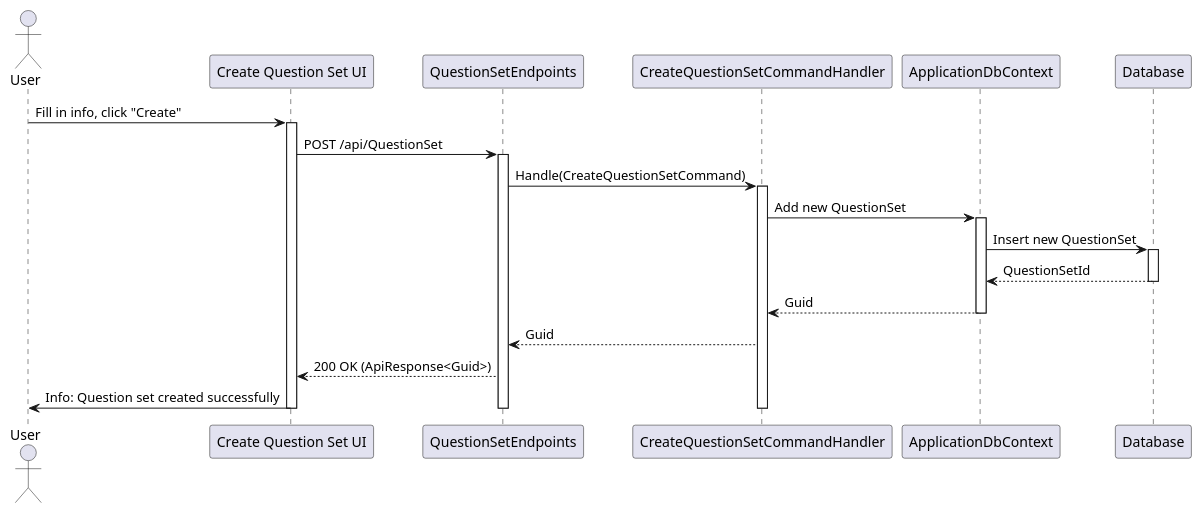
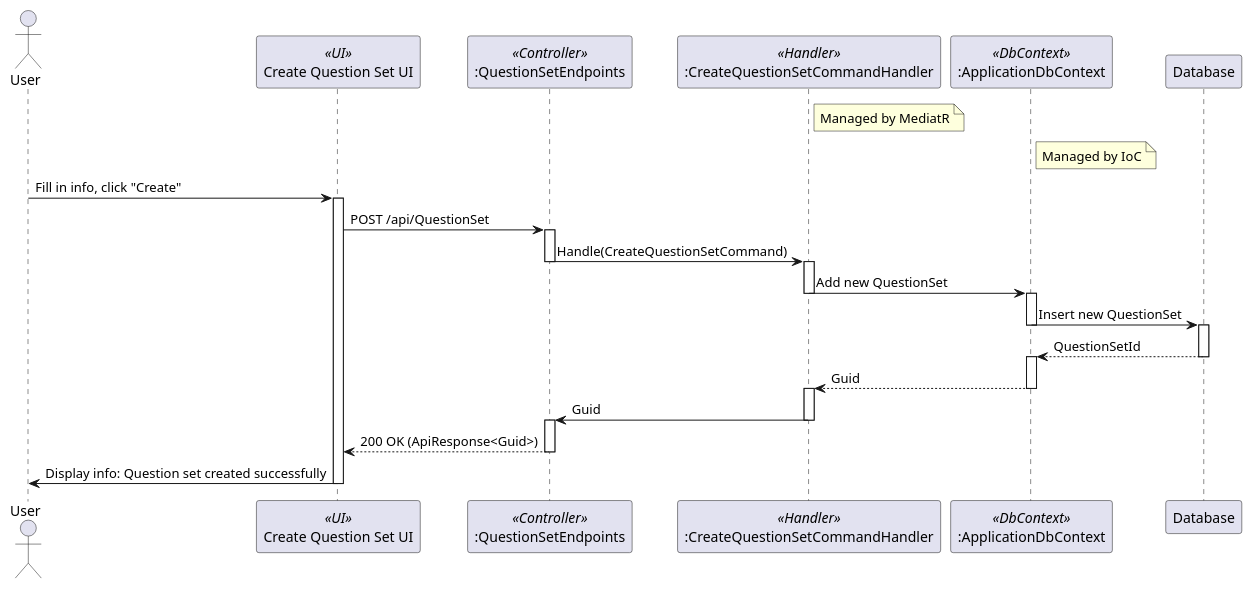
One commit to thanhkhac/SEP_Diagram changed the diagram in QuestionSets/Sequence/CreateQuestionSetCommand.puml. Above: the diagram before and after it, drawn with PlantUML. The commit also changed 23 other files, not shown here.

Commit message:
Enhance sequence diagrams for QuestionSet and TestTemplate

```diff
--- a/QuestionSets/Sequence/CreateQuestionSetCommand.puml
+++ b/QuestionSets/Sequence/CreateQuestionSetCommand.puml
@@ -1,29 +1,44 @@
 @startuml
 actor User
-participant "Create Question Set UI" as UI
-participant QuestionSetEndpoints
-participant CreateQuestionSetCommandHandler as Handler
-participant ApplicationDbContext
+participant "Create Question Set UI" as UI <<UI>>
+participant ":QuestionSetEndpoints" as QuestionSetEndpoints <<Controller>>
+participant ":CreateQuestionSetCommandHandler" as CreateQuestionSetCommandHandler <<Handler>>
+participant ":ApplicationDbContext" as ApplicationDbContext <<DbContext>>
 participant Database
+
+note right of CreateQuestionSetCommandHandler
+  Managed by MediatR
+end note
+
+note right of ApplicationDbContext
+  Managed by IoC
+end note
 
 User -> UI : Fill in info, click "Create"
 activate UI
 UI -> QuestionSetEndpoints : POST /api/QuestionSet
 activate QuestionSetEndpoints
-QuestionSetEndpoints -> Handler : Handle(CreateQuestionSetCommand)
-activate Handler
-Handler -> ApplicationDbContext : Add new QuestionSet
+QuestionSetEndpoints -> CreateQuestionSetCommandHandler : Handle(CreateQuestionSetCommand)
+deactivate QuestionSetEndpoints
+activate CreateQuestionSetCommandHandler
+CreateQuestionSetCommandHandler -> ApplicationDbContext : Add new QuestionSet
+deactivate CreateQuestionSetCommandHandler
 activate ApplicationDbContext
 ApplicationDbContext -> Database : Insert new QuestionSet
+deactivate ApplicationDbContext
 activate Database
 Database --> ApplicationDbContext : QuestionSetId
 deactivate Database
-ApplicationDbContext --> Handler : Guid
+activate ApplicationDbContext
+ApplicationDbContext --> CreateQuestionSetCommandHandler : Guid
 deactivate ApplicationDbContext
-Handler --> QuestionSetEndpoints : Guid
+activate CreateQuestionSetCommandHandler
+CreateQuestionSetCommandHandler -> QuestionSetEndpoints : Guid
+deactivate CreateQuestionSetCommandHandler
+activate QuestionSetEndpoints
 QuestionSetEndpoints --> UI : 200 OK (ApiResponse<Guid>)
-UI -> User : Info: Question set created successfully
-deactivate Handler
 deactivate QuestionSetEndpoints
+UI -> User : Display info: Question set created successfully
 deactivate UI
-@enduml 
+
+@enduml
```
